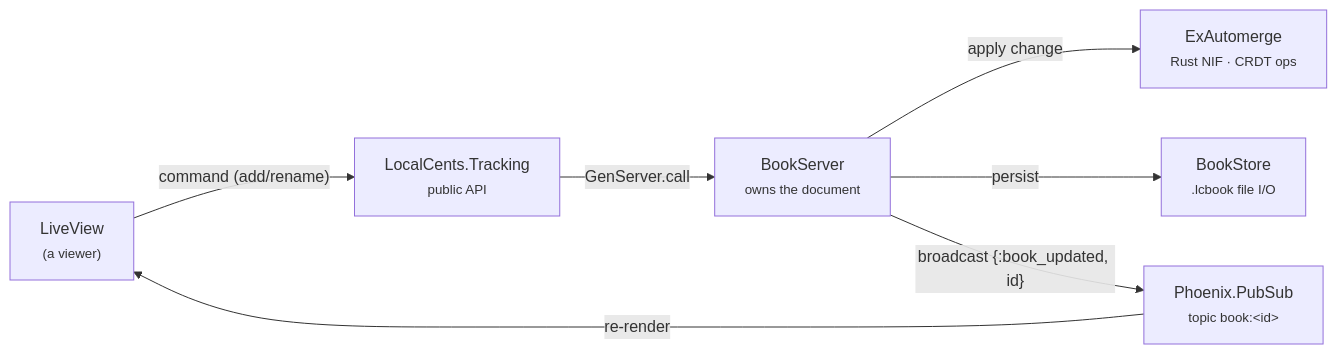
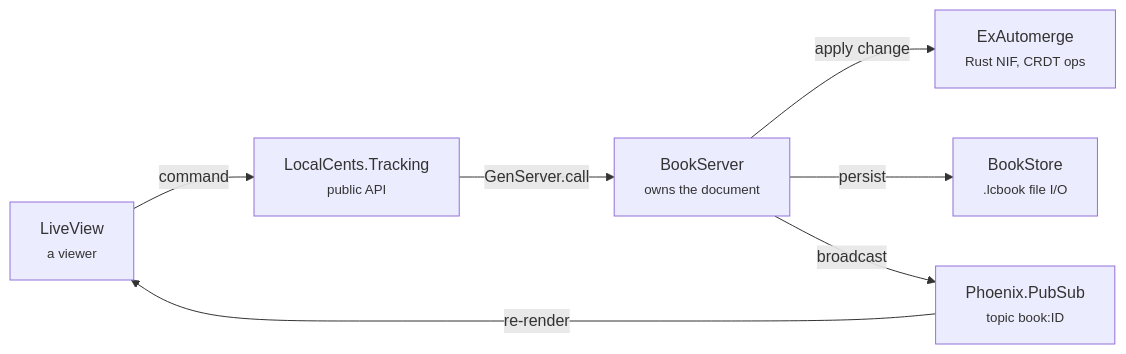
One commit to zorn/local_cents changed the second of 5 diagrams in docs/book-runtime-architecture.md. Above: the diagram before and after it, drawn with Mermaid. The commit also changed other lines of this file, not shown here.

First line of the commit message:
docs: fix mermaid syntax in book runtime architecture page

````diff
--- a/docs/book-runtime-architecture.md
+++ b/docs/book-runtime-architecture.md
@@ -80,16 +80,16 @@
 ```mermaid
 graph LR
-    LV["LiveView<br/><small>(a viewer)</small>"]
+    LV["LiveView<br/><small>a viewer</small>"]
     API["LocalCents.Tracking<br/><small>public API</small>"]
     BSrv["BookServer<br/><small>owns the document</small>"]
-    Auto["ExAutomerge<br/><small>Rust NIF · CRDT ops</small>"]
+    Auto["ExAutomerge<br/><small>Rust NIF, CRDT ops</small>"]
     Store["BookStore<br/><small>.lcbook file I/O</small>"]
-    PS["Phoenix.PubSub<br/><small>topic book:&lt;id&gt;</small>"]
+    PS["Phoenix.PubSub<br/><small>topic book:ID</small>"]
 
-    LV -- "command (add/rename)" --> API
-    API -- "GenServer.call" --> BSrv
-    BSrv -- "apply change" --> Auto
-    BSrv -- "persist" --> Store
-    BSrv -- "broadcast {:book_updated, id}" --> PS
-    PS -- "re-render" --> LV
+    LV -->|command| API
+    API -->|GenServer.call| BSrv
+    BSrv -->|apply change| Auto
+    BSrv -->|persist| Store
+    BSrv -->|broadcast| PS
+    PS -->|re-render| LV
 ```
````
